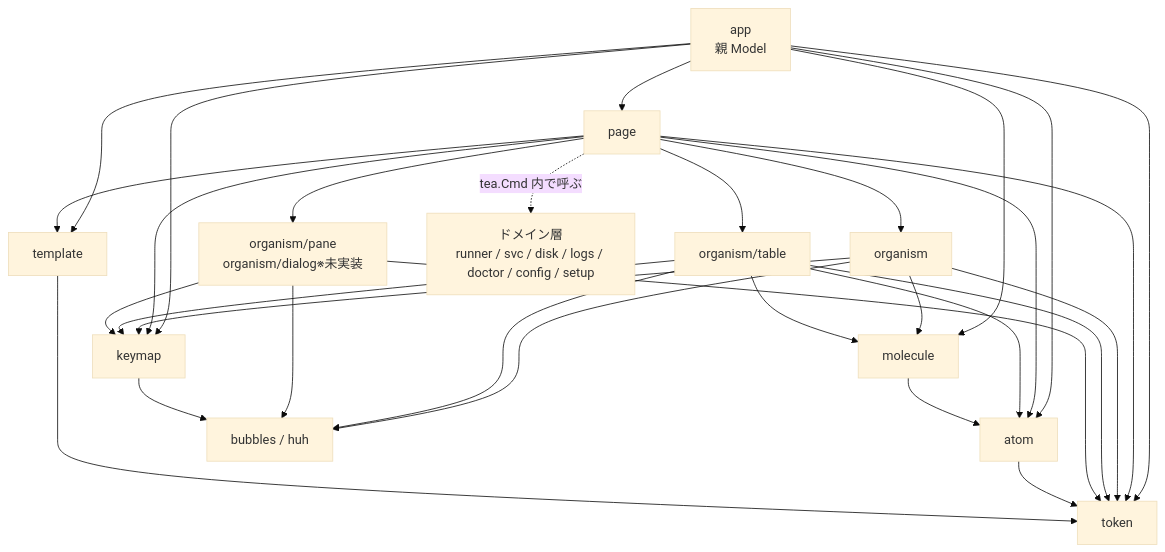
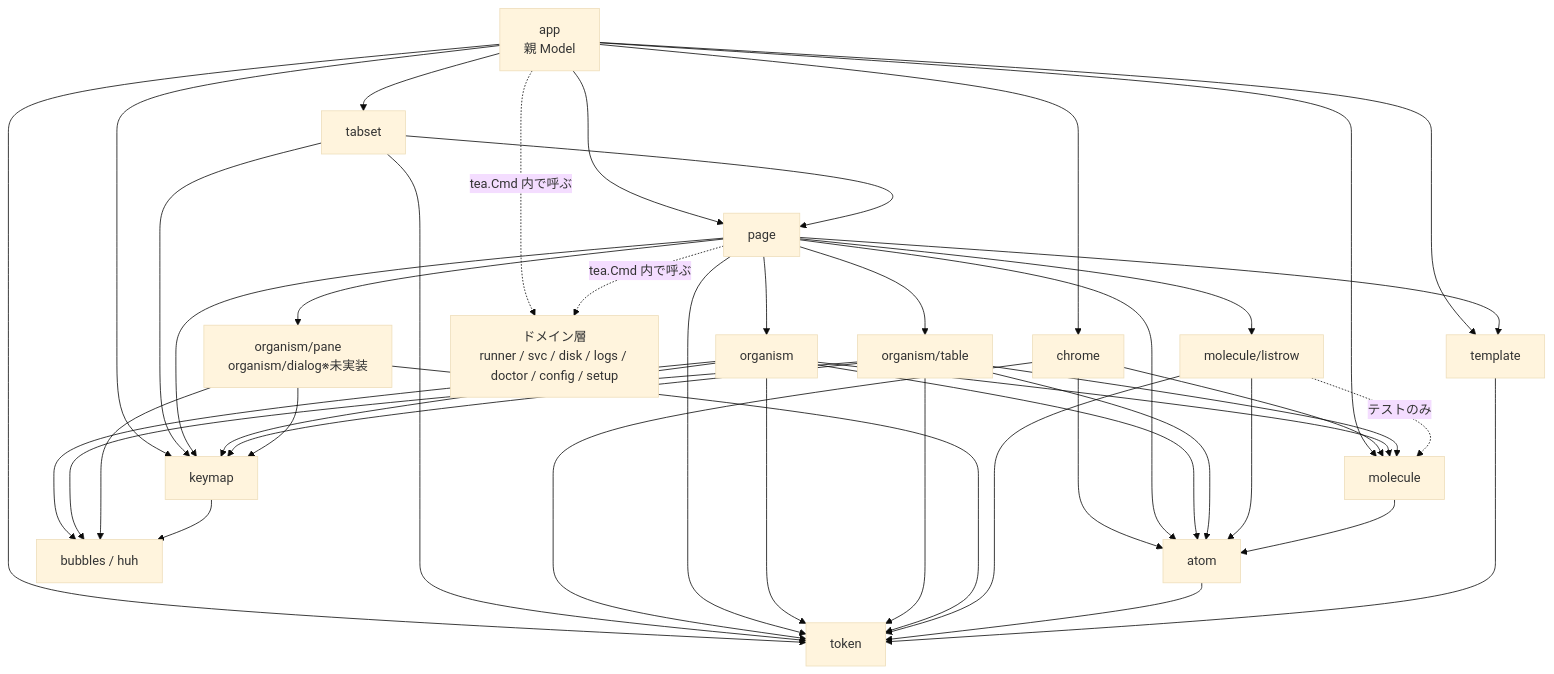
One commit to ousiassllc/gsr-helper changed the second of 2 diagrams in docs/ui/atomic-design.md. Above: the diagram before and after it, drawn with Mermaid (base theme). The commit also changed other lines of this file and 6 other files, not shown here.

````diff
--- a/docs/ui/atomic-design.md
+++ b/docs/ui/atomic-design.md
@@ -91,47 +91,63 @@
 ```mermaid
 graph TD
     App[app<br/>親 Model]
+    Tabs[tabset]
+    Chrome[chrome]
     Page[page]
     Tmpl[template]
     Org[organism]
     OrgT[organism/table]
     OrgP[organism/pane<br/>organism/dialog※未実装]
     Mol[molecule]
+    Row[molecule/listrow]
     Atom[atom]
     Tok[token]
     Key[keymap]
 
     Domain[ドメイン層<br/>runner / svc / disk / logs / doctor / config / setup]
     Bub[bubbles / huh]
 
+    App --> Tabs
+    App --> Chrome
     App --> Page
     App --> Tmpl
     App --> Key
     App --> Mol
-    App --> Atom
     App --> Tok
+    App -.->|tea.Cmd 内で呼ぶ| Domain
+    Tabs --> Page
+    Tabs --> Key
+    Tabs --> Tok
+    Chrome --> Mol
+    Chrome --> Atom
+    Chrome --> Tok
     Page --> Tmpl
     Page --> Org
     Page --> OrgT
     Page --> OrgP
+    Page --> Row
     Page --> Key
     Page --> Atom
     Page --> Tok
     Page -.->|tea.Cmd 内で呼ぶ| Domain
     Org --> Mol
+    Org --> Atom
     Org --> Bub
     Org --> Key
     Org --> Tok
     OrgT --> Mol
     OrgT --> Atom
     OrgT --> Bub
     OrgT --> Key
     OrgT --> Tok
     OrgP --> Bub
     OrgP --> Key
     OrgP --> Tok
+    Row --> Atom
+    Row --> Tok
+    Row -.->|テストのみ| Mol
     Mol --> Atom
     Atom --> Tok
     Tmpl --> Tok
     Key --> Bub
 ```
````
